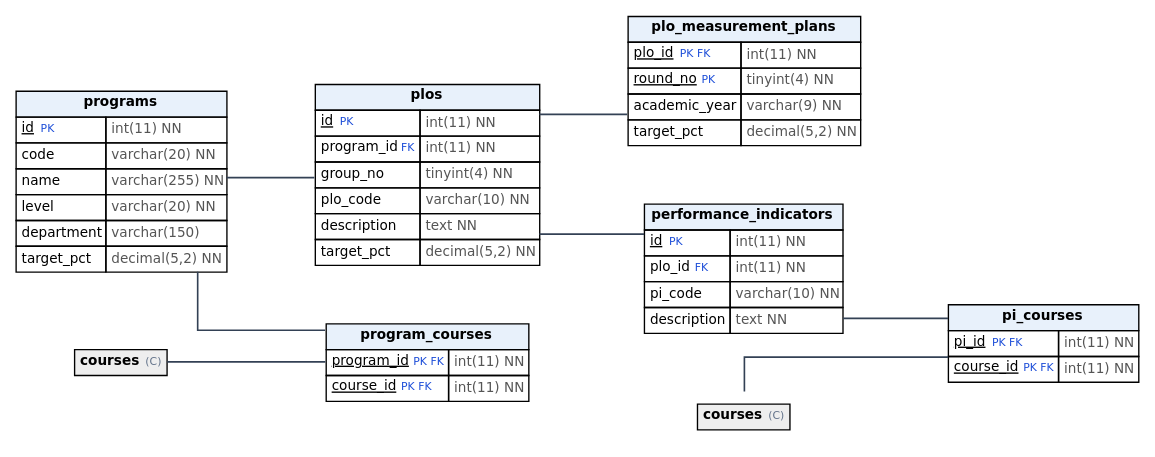
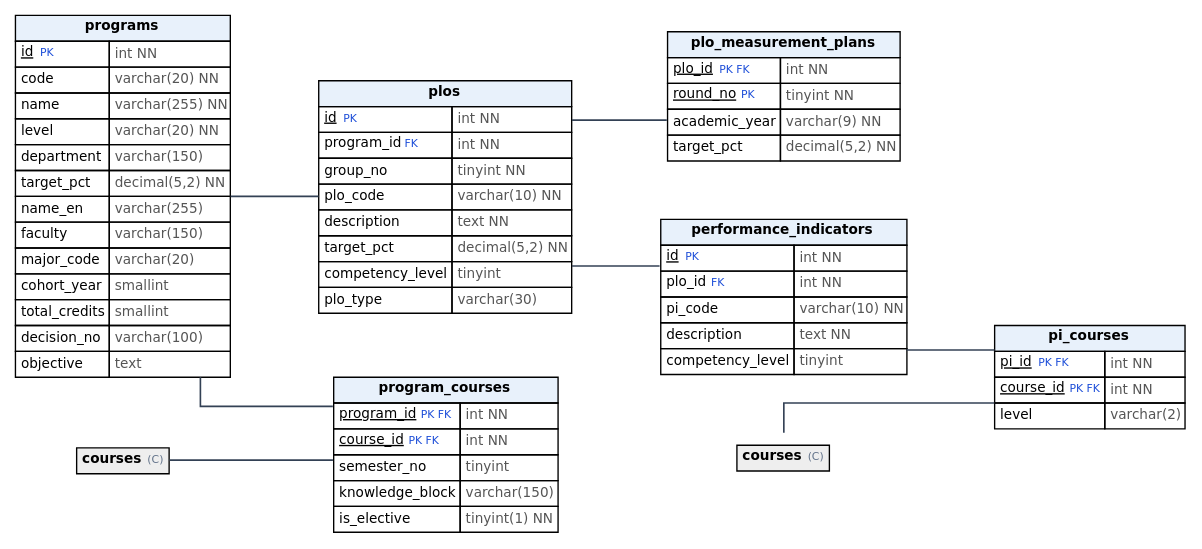
The diagram in docs/diagrams/erd_B.dot (NguyenTanYen/TLCN), drawn with Graphviz before and after one commit. The commit also changed 100 other files, not shown here.

```diff
--- a/docs/diagrams/erd_B.dot
+++ b/docs/diagrams/erd_B.dot
@@ -1,18 +1,18 @@
 digraph G { rankdir=LR; graph [fontname="DejaVu Sans", splines=ortho, nodesep=0.6, ranksep=0.9 ];
 node [shape=none, margin=0, fontname="DejaVu Sans", fontsize=10]; edge [color="#334155", penwidth=1.2, dir=none];
-"programs" [label=<<table border="0" cellborder="1" cellspacing="0" cellpadding="3"><tr><td bgcolor="#E8F1FB" colspan="2"><b>programs</b></td></tr><tr><td align="left" port="id"><u>id</u> <font color="#1d4ed8" point-size="8">PK</font></td><td align="left"><font color="#555555">int(11) NN</font></td></tr><tr><td align="left" port="code">code</td><td align="left"><font color="#555555">varchar(20) NN</font></td></tr><tr><td align="left" port="name">name</td><td align="left"><font color="#555555">varchar(255) NN</font></td></tr><tr><td align="left" port="level">level</td><td align="left"><font color="#555555">varchar(20) NN</font></td></tr><tr><td align="left" port="department">department</td><td align="left"><font color="#555555">varchar(150)</font></td></tr><tr><td align="left" port="target_pct">target_pct</td><td align="left"><font color="#555555">decimal(5,2) NN</font></td></tr></table>>];
-"plos" [label=<<table border="0" cellborder="1" cellspacing="0" cellpadding="3"><tr><td bgcolor="#E8F1FB" colspan="2"><b>plos</b></td></tr><tr><td align="left" port="id"><u>id</u> <font color="#1d4ed8" point-size="8">PK</font></td><td align="left"><font color="#555555">int(11) NN</font></td></tr><tr><td align="left" port="program_id">program_id <font color="#1d4ed8" point-size="8">FK</font></td><td align="left"><font color="#555555">int(11) NN</font></td></tr><tr><td align="left" port="group_no">group_no</td><td align="left"><font color="#555555">tinyint(4) NN</font></td></tr><tr><td align="left" port="plo_code">plo_code</td><td align="left"><font color="#555555">varchar(10) NN</font></td></tr><tr><td align="left" port="description">description</td><td align="left"><font color="#555555">text NN</font></td></tr><tr><td align="left" port="target_pct">target_pct</td><td align="left"><font color="#555555">decimal(5,2) NN</font></td></tr></table>>];
-"plo_measurement_plans" [label=<<table border="0" cellborder="1" cellspacing="0" cellpadding="3"><tr><td bgcolor="#E8F1FB" colspan="2"><b>plo_measurement_plans</b></td></tr><tr><td align="left" port="plo_id"><u>plo_id</u> <font color="#1d4ed8" point-size="8">PK FK</font></td><td align="left"><font color="#555555">int(11) NN</font></td></tr><tr><td align="left" port="round_no"><u>round_no</u> <font color="#1d4ed8" point-size="8">PK</font></td><td align="left"><font color="#555555">tinyint(4) NN</font></td></tr><tr><td align="left" port="academic_year">academic_year</td><td align="left"><font color="#555555">varchar(9) NN</font></td></tr><tr><td align="left" port="target_pct">target_pct</td><td align="left"><font color="#555555">decimal(5,2) NN</font></td></tr></table>>];
-"performance_indicators" [label=<<table border="0" cellborder="1" cellspacing="0" cellpadding="3"><tr><td bgcolor="#E8F1FB" colspan="2"><b>performance_indicators</b></td></tr><tr><td align="left" port="id"><u>id</u> <font color="#1d4ed8" point-size="8">PK</font></td><td align="left"><font color="#555555">int(11) NN</font></td></tr><tr><td align="left" port="plo_id">plo_id <font color="#1d4ed8" point-size="8">FK</font></td><td align="left"><font color="#555555">int(11) NN</font></td></tr><tr><td align="left" port="pi_code">pi_code</td><td align="left"><font color="#555555">varchar(10) NN</font></td></tr><tr><td align="left" port="description">description</td><td align="left"><font color="#555555">text NN</font></td></tr></table>>];
-"program_courses" [label=<<table border="0" cellborder="1" cellspacing="0" cellpadding="3"><tr><td bgcolor="#E8F1FB" colspan="2"><b>program_courses</b></td></tr><tr><td align="left" port="program_id"><u>program_id</u> <font color="#1d4ed8" point-size="8">PK FK</font></td><td align="left"><font color="#555555">int(11) NN</font></td></tr><tr><td align="left" port="course_id"><u>course_id</u> <font color="#1d4ed8" point-size="8">PK FK</font></td><td align="left"><font color="#555555">int(11) NN</font></td></tr></table>>];
-"pi_courses" [label=<<table border="0" cellborder="1" cellspacing="0" cellpadding="3"><tr><td bgcolor="#E8F1FB" colspan="2"><b>pi_courses</b></td></tr><tr><td align="left" port="pi_id"><u>pi_id</u> <font color="#1d4ed8" point-size="8">PK FK</font></td><td align="left"><font color="#555555">int(11) NN</font></td></tr><tr><td align="left" port="course_id"><u>course_id</u> <font color="#1d4ed8" point-size="8">PK FK</font></td><td align="left"><font color="#555555">int(11) NN</font></td></tr></table>>];
+"programs" [label=<<table border="0" cellborder="1" cellspacing="0" cellpadding="3"><tr><td bgcolor="#E8F1FB" colspan="2"><b>programs</b></td></tr><tr><td align="left" port="id"><u>id</u> <font color="#1d4ed8" point-size="8">PK</font></td><td align="left"><font color="#555555">int NN</font></td></tr><tr><td align="left" port="code">code</td><td align="left"><font color="#555555">varchar(20) NN</font></td></tr><tr><td align="left" port="name">name</td><td align="left"><font color="#555555">varchar(255) NN</font></td></tr><tr><td align="left" port="level">level</td><td align="left"><font color="#555555">varchar(20) NN</font></td></tr><tr><td align="left" port="department">department</td><td align="left"><font color="#555555">varchar(150)</font></td></tr><tr><td align="left" port="target_pct">target_pct</td><td align="left"><font color="#555555">decimal(5,2) NN</font></td></tr><tr><td align="left" port="name_en">name_en</td><td align="left"><font color="#555555">varchar(255)</font></td></tr><tr><td align="left" port="faculty">faculty</td><td align="left"><font color="#555555">varchar(150)</font></td></tr><tr><td align="left" port="major_code">major_code</td><td align="left"><font color="#555555">varchar(20)</font></td></tr><tr><td align="left" port="cohort_year">cohort_year</td><td align="left"><font color="#555555">smallint</font></td></tr><tr><td align="left" port="total_credits">total_credits</td><td align="left"><font color="#555555">smallint</font></td></tr><tr><td align="left" port="decision_no">decision_no</td><td align="left"><font color="#555555">varchar(100)</font></td></tr><tr><td align="left" port="objective">objective</td><td align="left"><font color="#555555">text</font></td></tr></table>>];
+"plos" [label=<<table border="0" cellborder="1" cellspacing="0" cellpadding="3"><tr><td bgcolor="#E8F1FB" colspan="2"><b>plos</b></td></tr><tr><td align="left" port="id"><u>id</u> <font color="#1d4ed8" point-size="8">PK</font></td><td align="left"><font color="#555555">int NN</font></td></tr><tr><td align="left" port="program_id">program_id <font color="#1d4ed8" point-size="8">FK</font></td><td align="left"><font color="#555555">int NN</font></td></tr><tr><td align="left" port="group_no">group_no</td><td align="left"><font color="#555555">tinyint NN</font></td></tr><tr><td align="left" port="plo_code">plo_code</td><td align="left"><font color="#555555">varchar(10) NN</font></td></tr><tr><td align="left" port="description">description</td><td align="left"><font color="#555555">text NN</font></td></tr><tr><td align="left" port="target_pct">target_pct</td><td align="left"><font color="#555555">decimal(5,2) NN</font></td></tr><tr><td align="left" port="competency_level">competency_level</td><td align="left"><font color="#555555">tinyint</font></td></tr><tr><td align="left" port="plo_type">plo_type</td><td align="left"><font color="#555555">varchar(30)</font></td></tr></table>>];
+"plo_measurement_plans" [label=<<table border="0" cellborder="1" cellspacing="0" cellpadding="3"><tr><td bgcolor="#E8F1FB" colspan="2"><b>plo_measurement_plans</b></td></tr><tr><td align="left" port="plo_id"><u>plo_id</u> <font color="#1d4ed8" point-size="8">PK FK</font></td><td align="left"><font color="#555555">int NN</font></td></tr><tr><td align="left" port="round_no"><u>round_no</u> <font color="#1d4ed8" point-size="8">PK</font></td><td align="left"><font color="#555555">tinyint NN</font></td></tr><tr><td align="left" port="academic_year">academic_year</td><td align="left"><font color="#555555">varchar(9) NN</font></td></tr><tr><td align="left" port="target_pct">target_pct</td><td align="left"><font color="#555555">decimal(5,2) NN</font></td></tr></table>>];
+"performance_indicators" [label=<<table border="0" cellborder="1" cellspacing="0" cellpadding="3"><tr><td bgcolor="#E8F1FB" colspan="2"><b>performance_indicators</b></td></tr><tr><td align="left" port="id"><u>id</u> <font color="#1d4ed8" point-size="8">PK</font></td><td align="left"><font color="#555555">int NN</font></td></tr><tr><td align="left" port="plo_id">plo_id <font color="#1d4ed8" point-size="8">FK</font></td><td align="left"><font color="#555555">int NN</font></td></tr><tr><td align="left" port="pi_code">pi_code</td><td align="left"><font color="#555555">varchar(10) NN</font></td></tr><tr><td align="left" port="description">description</td><td align="left"><font color="#555555">text NN</font></td></tr><tr><td align="left" port="competency_level">competency_level</td><td align="left"><font color="#555555">tinyint</font></td></tr></table>>];
+"program_courses" [label=<<table border="0" cellborder="1" cellspacing="0" cellpadding="3"><tr><td bgcolor="#E8F1FB" colspan="2"><b>program_courses</b></td></tr><tr><td align="left" port="program_id"><u>program_id</u> <font color="#1d4ed8" point-size="8">PK FK</font></td><td align="left"><font color="#555555">int NN</font></td></tr><tr><td align="left" port="course_id"><u>course_id</u> <font color="#1d4ed8" point-size="8">PK FK</font></td><td align="left"><font color="#555555">int NN</font></td></tr><tr><td align="left" port="semester_no">semester_no</td><td align="left"><font color="#555555">tinyint</font></td></tr><tr><td align="left" port="knowledge_block">knowledge_block</td><td align="left"><font color="#555555">varchar(150)</font></td></tr><tr><td align="left" port="is_elective">is_elective</td><td align="left"><font color="#555555">tinyint(1) NN</font></td></tr></table>>];
+"pi_courses" [label=<<table border="0" cellborder="1" cellspacing="0" cellpadding="3"><tr><td bgcolor="#E8F1FB" colspan="2"><b>pi_courses</b></td></tr><tr><td align="left" port="pi_id"><u>pi_id</u> <font color="#1d4ed8" point-size="8">PK FK</font></td><td align="left"><font color="#555555">int NN</font></td></tr><tr><td align="left" port="course_id"><u>course_id</u> <font color="#1d4ed8" point-size="8">PK FK</font></td><td align="left"><font color="#555555">int NN</font></td></tr><tr><td align="left" port="level">level</td><td align="left"><font color="#555555">varchar(2)</font></td></tr></table>>];
 "courses@pi_courses" [label=<<table border="0" cellborder="1" cellspacing="0" cellpadding="3"><tr><td bgcolor="#EEEEEE" colspan="2"><b>courses</b> <font point-size="8" color="#64748b">(C)</font></td></tr></table>>];
 "courses@program_courses" [label=<<table border="0" cellborder="1" cellspacing="0" cellpadding="3"><tr><td bgcolor="#EEEEEE" colspan="2"><b>courses</b> <font point-size="8" color="#64748b">(C)</font></td></tr></table>>];
+"plos" -> "performance_indicators" [id="fk__plos__performance_indicators__plo_id"];
 "courses@pi_courses" -> "pi_courses" [id="fk__courses@pi_courses__pi_courses__course_id"];
 "performance_indicators" -> "pi_courses" [id="fk__performance_indicators__pi_courses__pi_id"];
+"plos" -> "plo_measurement_plans" [id="fk__plos__plo_measurement_plans__plo_id"];
+"programs" -> "plos" [id="fk__programs__plos__program_id"];
 "courses@program_courses" -> "program_courses" [id="fk__courses@program_courses__program_courses__course_id"];
 "programs" -> "program_courses" [id="fk__programs__program_courses__program_id"];
-"plos" -> "performance_indicators" [id="fk__plos__performance_indicators__plo_id"];
-"plos" -> "plo_measurement_plans" [id="fk__plos__plo_measurement_plans__plo_id"];
-"programs" -> "plos" [id="fk__programs__plos__program_id"];
 }
```
